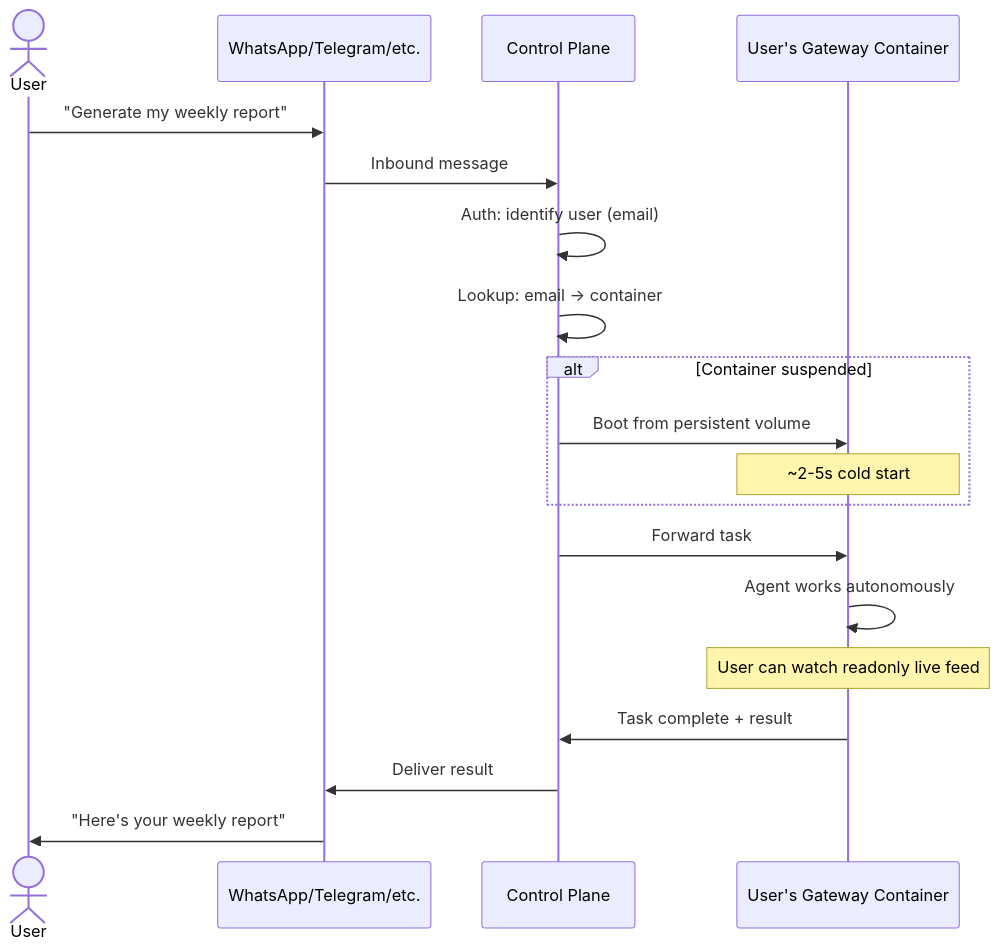
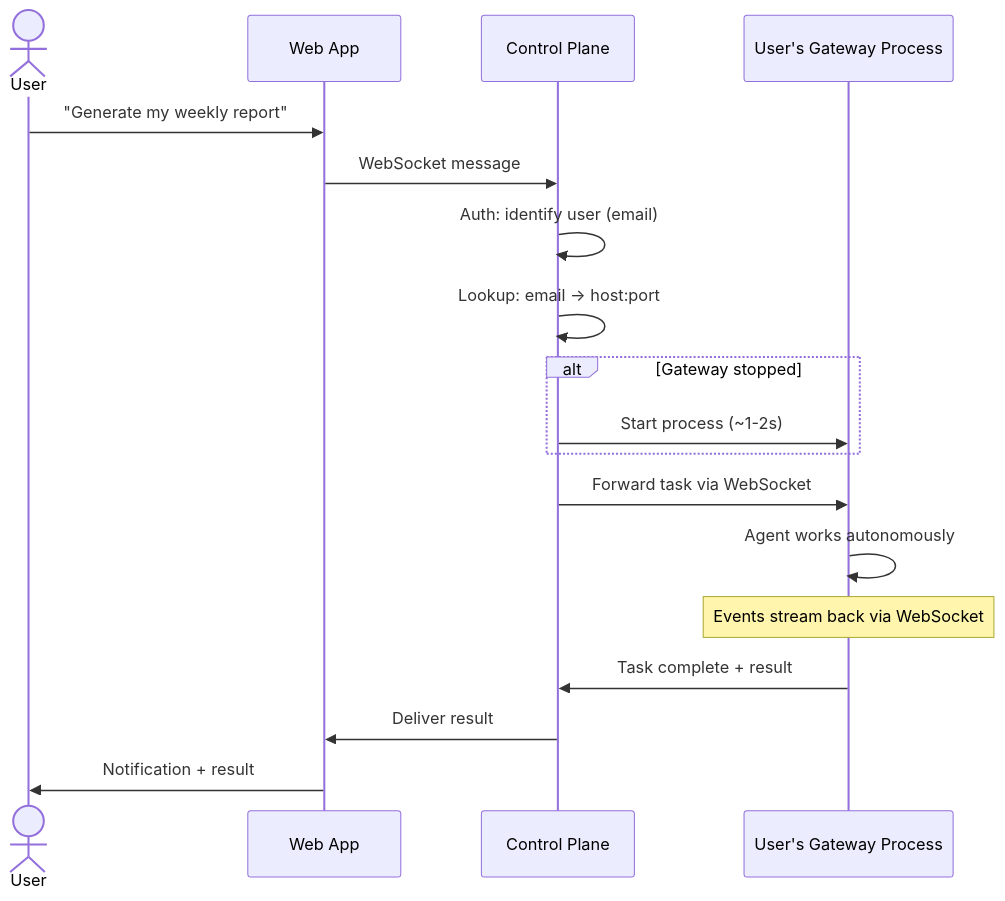
The fourth of 5 diagrams in brainstorm/02-architecture.md (1qh/claw), drawn with Mermaid before and after one commit. The commit also changed other lines of this file, not shown here.

Commit message:
Revise architecture: multi-gateway per host instead of containers

````diff
--- a/brainstorm/02-architecture.md
+++ b/brainstorm/02-architecture.md
@@ -73,25 +109,24 @@
 ```mermaid
 sequenceDiagram
     actor User
-    participant Channel as WhatsApp/Telegram/etc.
+    participant FE as Web App
     participant CP as Control Plane
-    participant Container as User's Gateway Container
+    participant GW as User's Gateway Process
 
-    User->>Channel: "Generate my weekly report"
-    Channel->>CP: Inbound message
+    User->>FE: "Generate my weekly report"
+    FE->>CP: WebSocket message
     CP->>CP: Auth: identify user (email)
-    CP->>CP: Lookup: email → container
+    CP->>CP: Lookup: email → host:port
 
-    alt Container suspended
-        CP->>Container: Boot from persistent volume
-        Note over Container: ~2-5s cold start
+    alt Gateway stopped
+        CP->>GW: Start process (~1-2s)
     end
 
-    CP->>Container: Forward task
-    Container->>Container: Agent works autonomously
-    Note over Container: User can watch readonly live feed
+    CP->>GW: Forward task via WebSocket
+    GW->>GW: Agent works autonomously
+    Note over GW: Events stream back via WebSocket
 
-    Container->>CP: Task complete + result
-    CP->>Channel: Deliver result
-    Channel->>User: "Here's your weekly report"
+    GW->>CP: Task complete + result
+    CP->>FE: Deliver result
+    FE->>User: Notification + result
 ```
````
